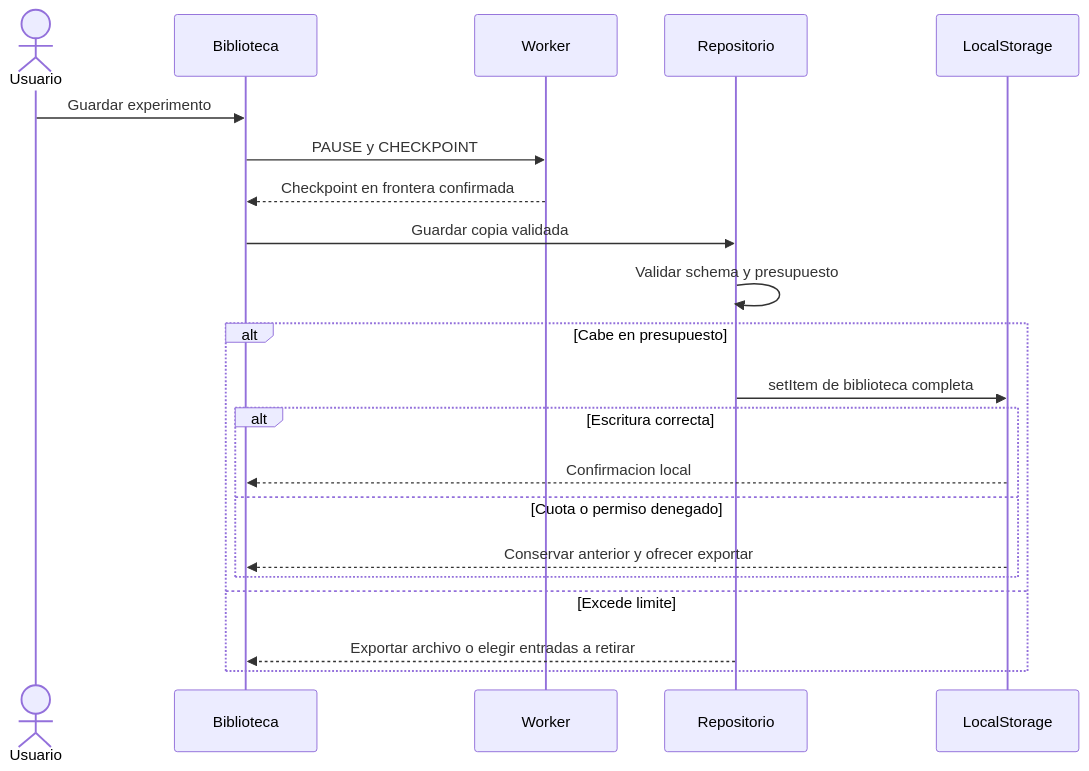
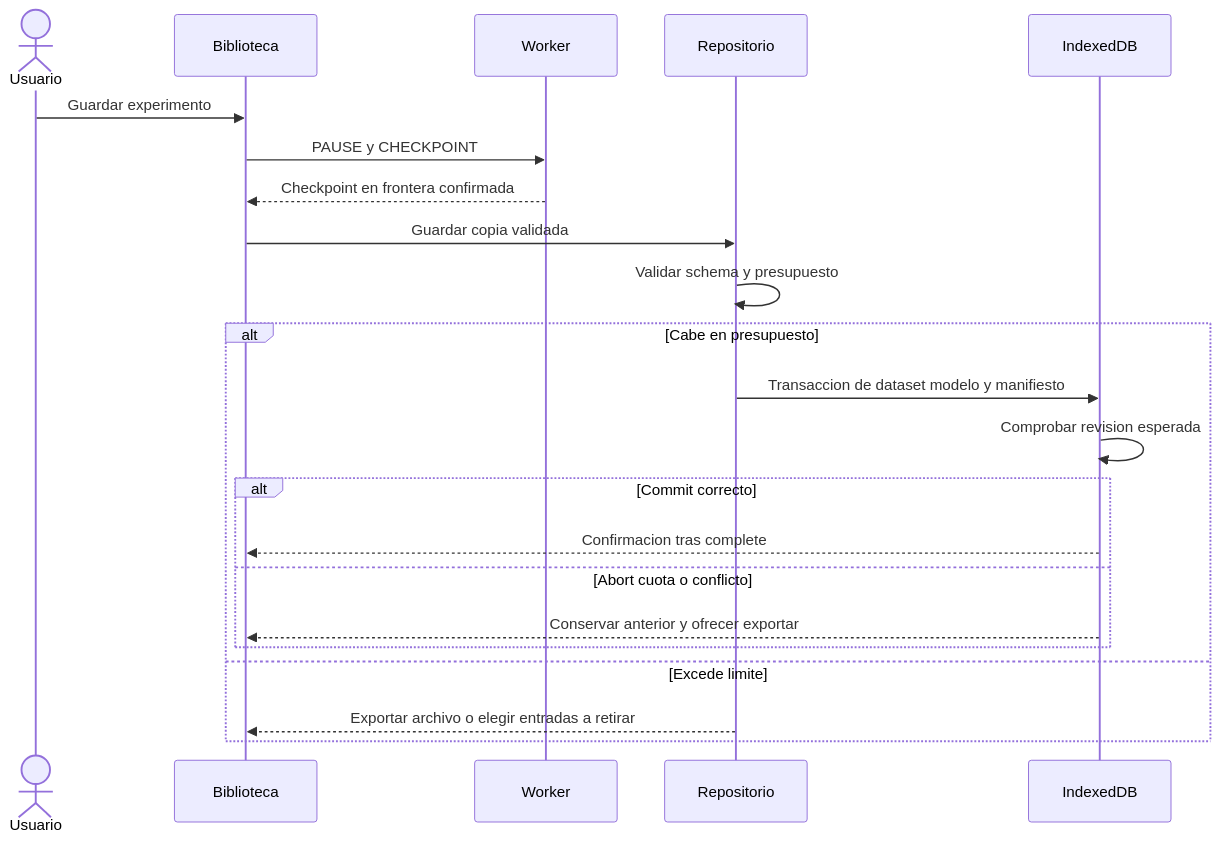
Before and after one commit to franmatias/neural-atlas: the ninth of 26 diagrams in docs/15-diagramas.md, drawn with Mermaid. The commit also changed other lines of this file and 65 other files, not shown here.

Commit message:
docs: validate revised design diagrams and GitHub publication target

````diff
--- a/docs/15-diagramas.md
+++ b/docs/15-diagramas.md
@@ -255,23 +271,24 @@
 ```mermaid
 sequenceDiagram
   actor A as Usuario
   participant UI as Biblioteca
   participant W as Worker
   participant R as Repositorio
-  participant LS as LocalStorage
+  participant DB as IndexedDB
   A->>UI: Guardar experimento
   UI->>W: PAUSE y CHECKPOINT
   W-->>UI: Checkpoint en frontera confirmada
   UI->>R: Guardar copia validada
   R->>R: Validar schema y presupuesto
   alt Cabe en presupuesto
-    R->>LS: setItem de biblioteca completa
-    alt Escritura correcta
-      LS-->>UI: Confirmacion local
-    else Cuota o permiso denegado
-      LS-->>UI: Conservar anterior y ofrecer exportar
+    R->>DB: Transaccion de dataset modelo y manifiesto
+    DB->>DB: Comprobar revision esperada
+    alt Commit correcto
+      DB-->>UI: Confirmacion tras complete
+    else Abort cuota o conflicto
+      DB-->>UI: Conservar anterior y ofrecer exportar
     end
   else Excede limite
     R-->>UI: Exportar archivo o elegir entradas a retirar
   end
 ```
````
